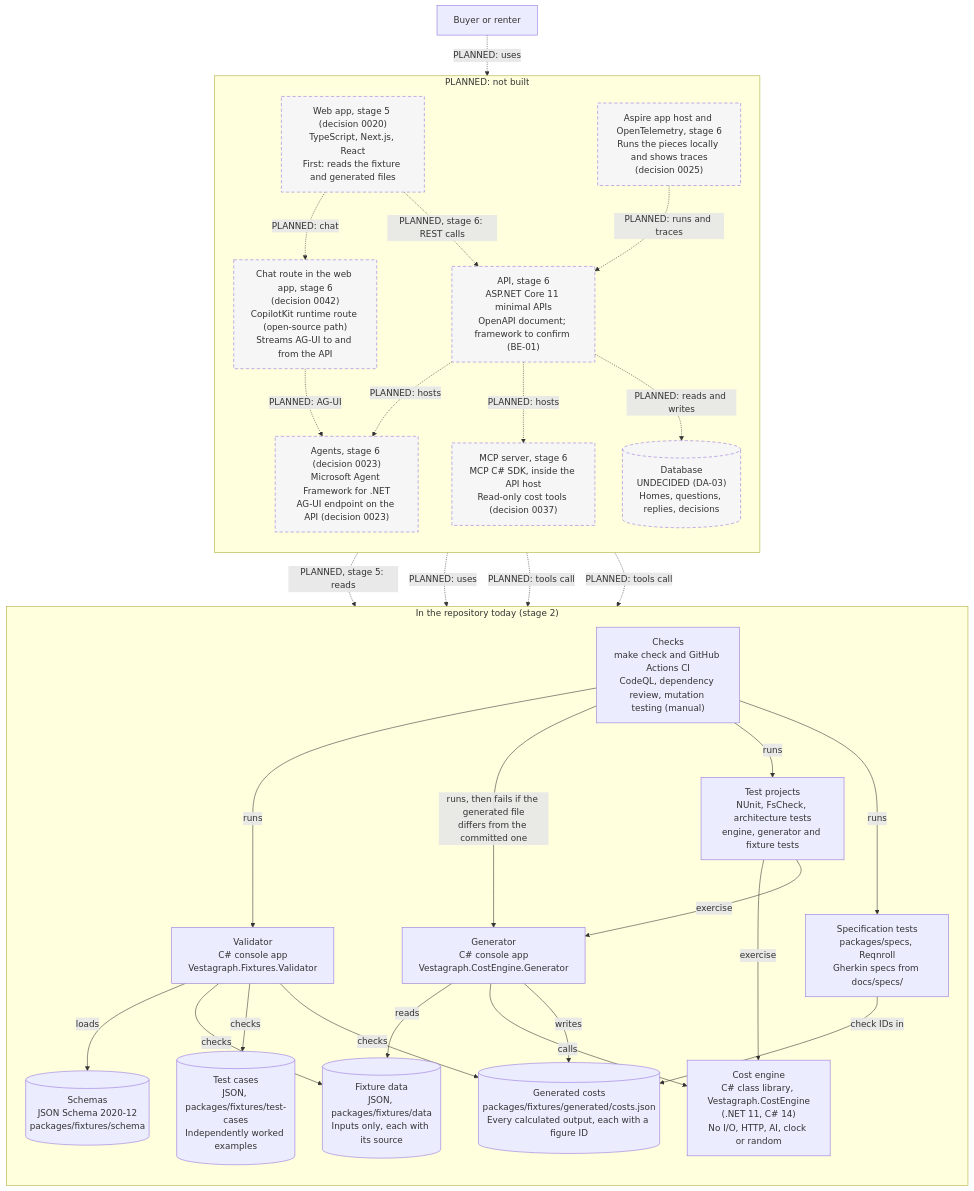
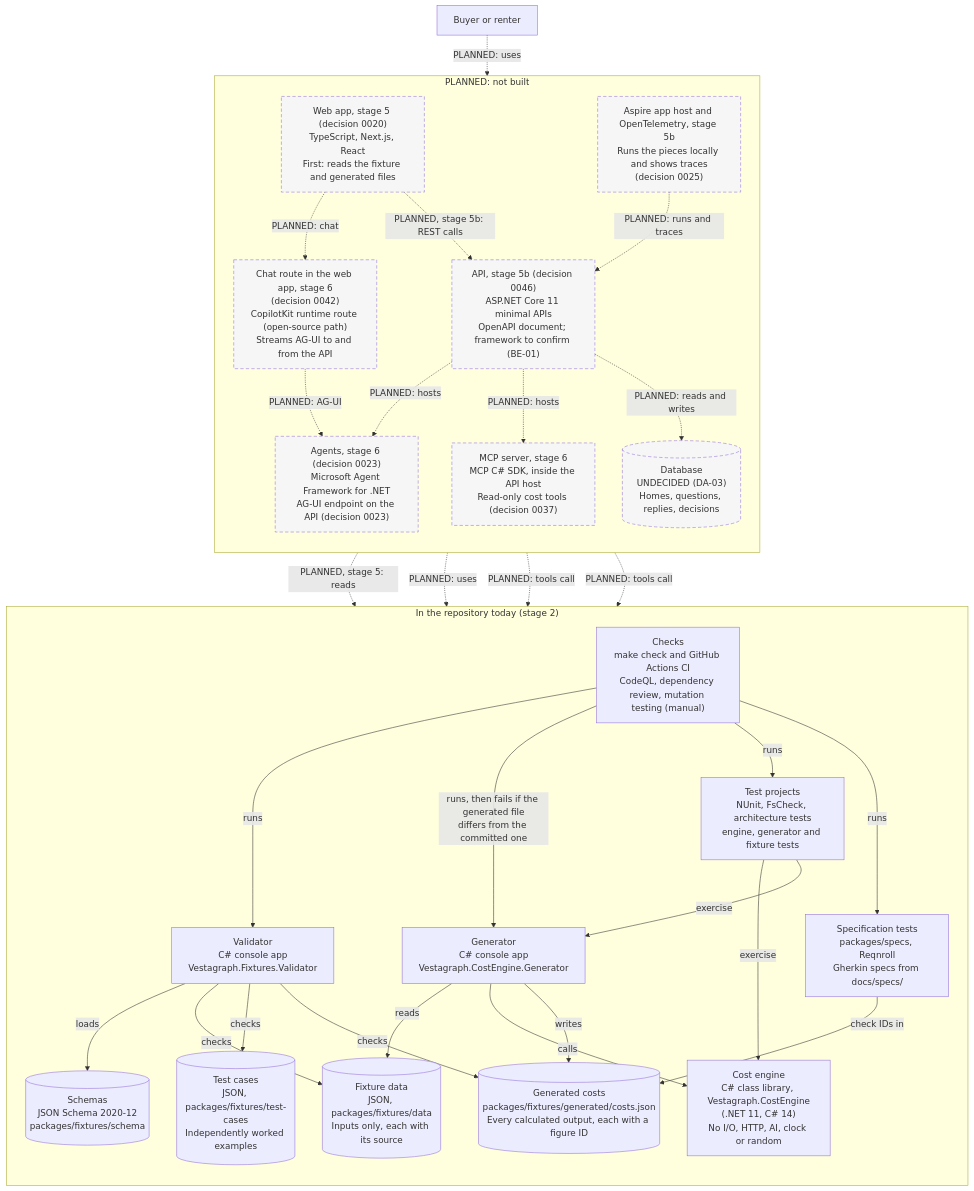
The second of 2 diagrams in docs/architecture/README.md (olaheavy-dev/homescout-platform), drawn with Mermaid before and after one commit. The commit also changed other lines of this file and 14 other files, not shown here.

First line of the commit message:
docs: design flow for the prototype (brief, IA, tokens, tasks) and decisions 0045 and 0046 (#152)

````diff
--- a/docs/architecture/README.md
+++ b/docs/architecture/README.md
@@ -47,60 +47,60 @@
 ```mermaid
 flowchart TB
     user["Buyer or renter"]
 
     subgraph today["In the repository today (stage 2)"]
         direction TB
         data[("Fixture data<br/>JSON, packages/fixtures/data<br/>Inputs only, each with its source")]
         schema[("Schemas<br/>JSON Schema 2020-12<br/>packages/fixtures/schema")]
         cases[("Test cases<br/>JSON, packages/fixtures/test-cases<br/>Independently worked examples")]
         engine["Cost engine<br/>C# class library, Vestagraph.CostEngine<br/>(.NET 11, C# 14)<br/>No I/O, HTTP, AI, clock or random"]
         generator["Generator<br/>C# console app<br/>Vestagraph.CostEngine.Generator"]
         generated[("Generated costs<br/>packages/fixtures/generated/costs.json<br/>Every calculated output, each with a figure ID")]
         validator["Validator<br/>C# console app<br/>Vestagraph.Fixtures.Validator"]
         tests["Test projects<br/>NUnit, FsCheck, architecture tests<br/>engine, generator and fixture tests"]
         specs["Specification tests<br/>packages/specs, Reqnroll<br/>Gherkin specs from docs/specs/"]
         ci["Checks<br/>make check and GitHub Actions CI<br/>CodeQL, dependency review, mutation testing (manual)"]
     end
 
     subgraph later["PLANNED: not built"]
         direction TB
         web["Web app, stage 5 (decision 0020)<br/>TypeScript, Next.js, React<br/>First: reads the fixture and generated files"]
-        api["API, stage 6<br/>ASP.NET Core 11 minimal APIs<br/>OpenAPI document; framework to confirm (BE-01)"]
+        api["API, stage 5b (decision 0046)<br/>ASP.NET Core 11 minimal APIs<br/>OpenAPI document; framework to confirm (BE-01)"]
         mcp["MCP server, stage 6<br/>MCP C# SDK, inside the API host<br/>Read-only cost tools (decision 0037)"]
         agents["Agents, stage 6 (decision 0023)<br/>Microsoft Agent Framework for .NET<br/>AG-UI endpoint on the API (decision 0023)"]
         copilot["Chat route in the web app, stage 6<br/>(decision 0042)<br/>CopilotKit runtime route (open-source path)<br/>Streams AG-UI to and from the API"]
-        aspire["Aspire app host and OpenTelemetry, stage 6<br/>Runs the pieces locally and shows traces<br/>(decision 0025)"]
+        aspire["Aspire app host and OpenTelemetry, stage 5b<br/>Runs the pieces locally and shows traces<br/>(decision 0025)"]
         db[("Database<br/>UNDECIDED (DA-03)<br/>Homes, questions, replies, decisions")]
     end
 
     generator -->|reads| data
     generator -->|calls| engine
     generator -->|writes| generated
     validator -->|loads| schema
     validator -->|checks| data
     validator -->|checks| cases
     validator -->|checks| generated
     tests -->|exercise| engine
     tests -->|exercise| generator
     specs -->|check IDs in| generated
     ci -->|runs| validator
     ci -->|"runs, then fails if the generated file<br/>differs from the committed one"| generator
     ci -->|runs| tests
     ci -->|runs| specs
 
     user -.->|"PLANNED: uses"| web
     web -.->|"PLANNED, stage 5: reads"| generated
-    web -.->|"PLANNED, stage 6: REST calls"| api
+    web -.->|"PLANNED, stage 5b: REST calls"| api
     web -.->|"PLANNED: chat"| copilot
     copilot -.->|"PLANNED: AG-UI"| agents
     api -.->|"PLANNED: uses"| engine
     api -.->|"PLANNED: hosts"| mcp
     api -.->|"PLANNED: hosts"| agents
     agents -.->|"PLANNED: tools call"| engine
     mcp -.->|"PLANNED: tools call"| engine
     api -.->|"PLANNED: reads and writes"| db
     aspire -.->|"PLANNED: runs and traces"| api
 
     classDef planned stroke-dasharray: 6 4,fill:#f6f6f6,color:#333
     class web,api,mcp,agents,copilot,aspire,db planned
 ```
````
